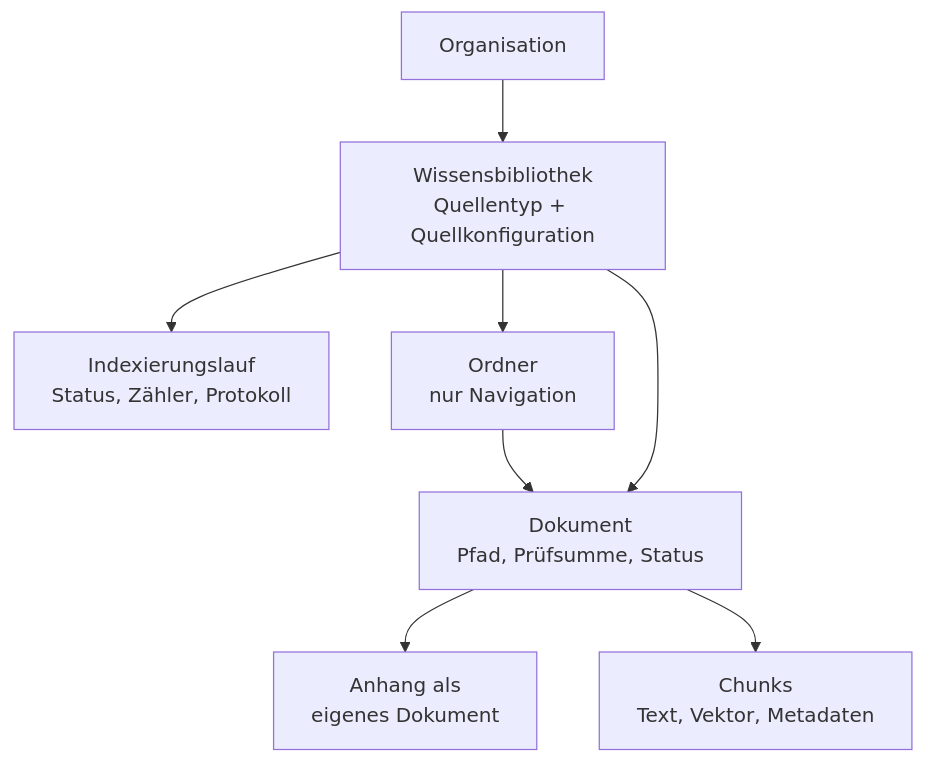
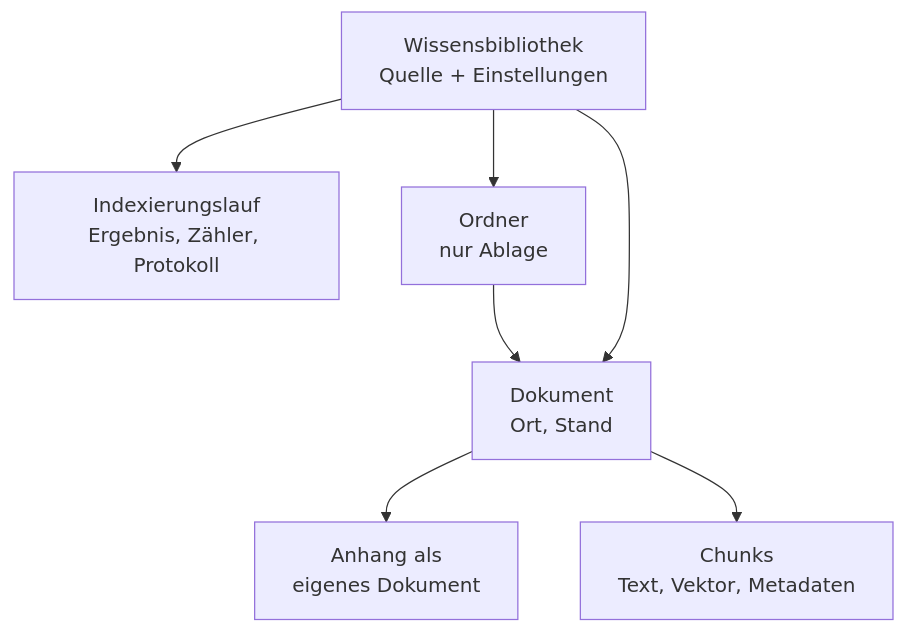
The second of 6 diagrams in docs/handbuch/indexierung.md (criew/opaa), drawn with Mermaid before and after one commit. The commit also changed other lines of this file and 21 other files, not shown here.

````diff
--- a/docs/handbuch/indexierung.md
+++ b/docs/handbuch/indexierung.md
@@ -98,10 +85,9 @@
 ```mermaid
 flowchart TB
-    O[Organisation] --> B[Wissensbibliothek<br/>Quellentyp + Quellkonfiguration]
-    B --> L[Indexierungslauf<br/>Status, Zähler, Protokoll]
-    B --> F[Ordner<br/>nur Navigation]
+    B[Wissensbibliothek<br/>Quelle + Einstellungen] --> L[Indexierungslauf<br/>Ergebnis, Zähler, Protokoll]
+    B --> F[Ordner<br/>nur Ablage]
     F --> D
-    B --> D[Dokument<br/>Pfad, Prüfsumme, Status]
+    B --> D[Dokument<br/>Ort, Stand]
     D --> D2[Anhang als<br/>eigenes Dokument]
     D --> K[Chunks<br/>Text, Vektor, Metadaten]
 ```
````
